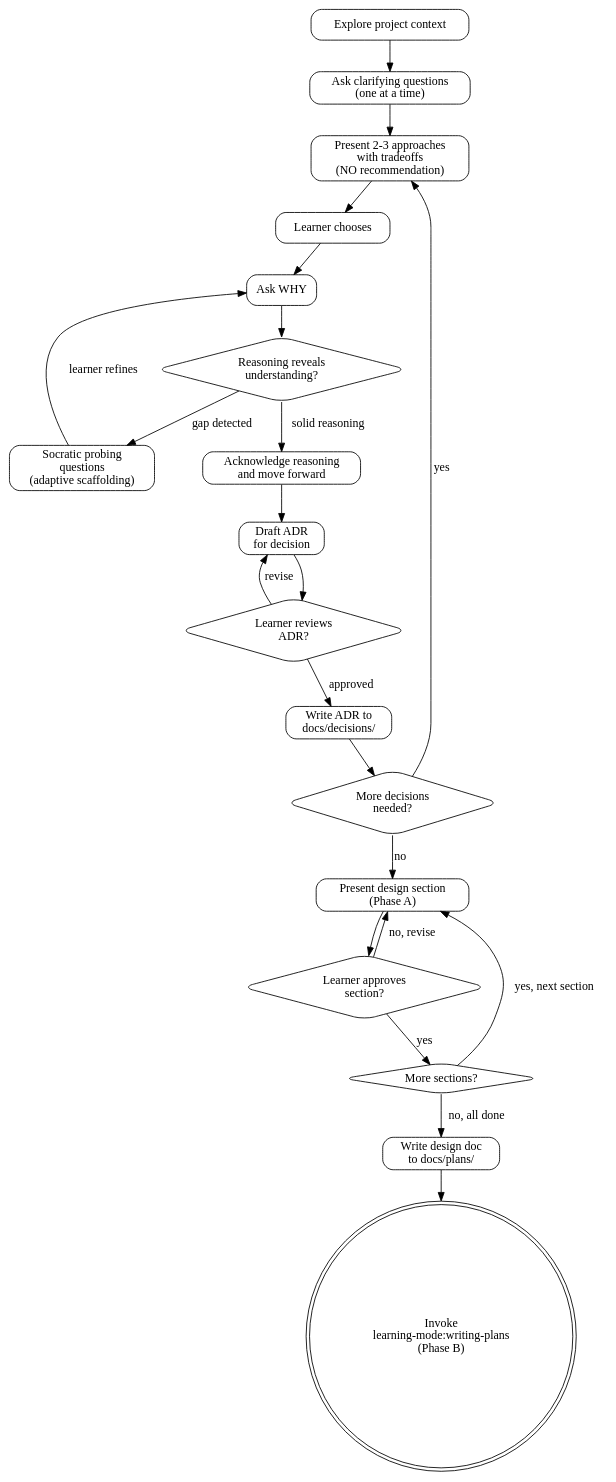
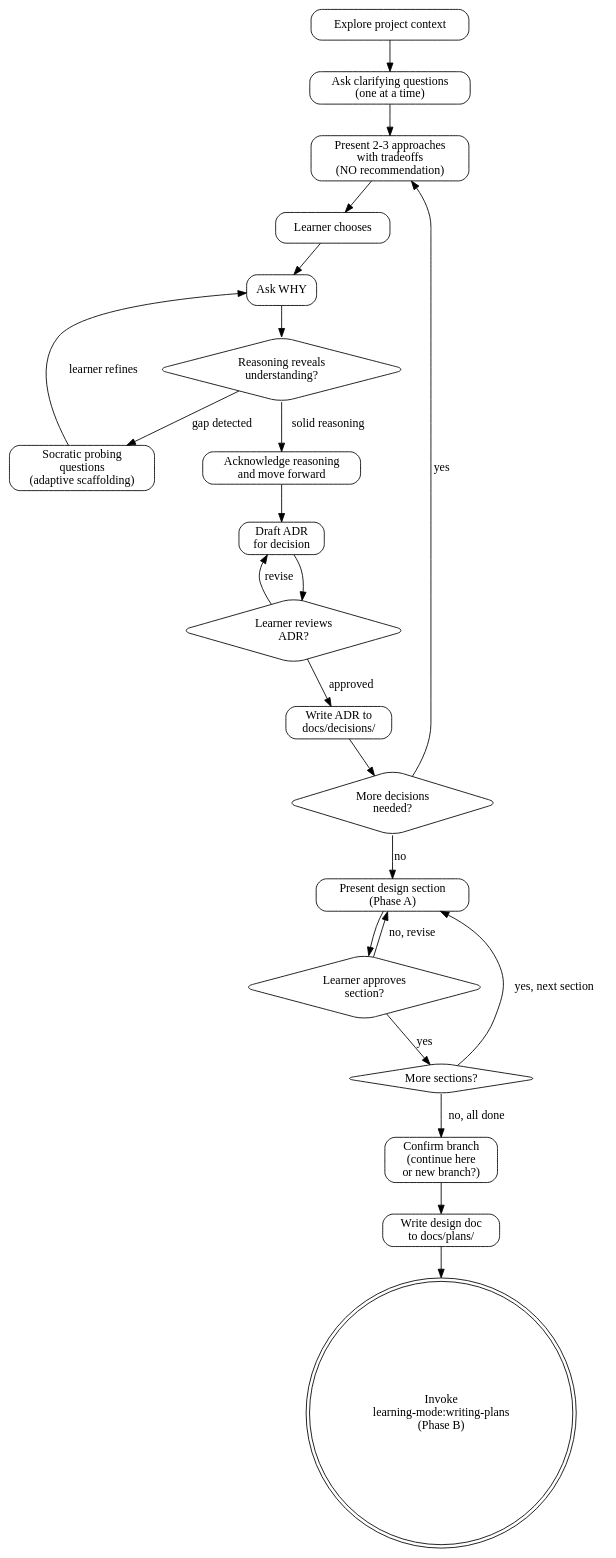
The diagram in learning-mode/skills/socratic-brainstorming/SKILL.md (alennartz/claude-plugins), drawn with Graphviz before and after one commit. The commit also changed other lines of this file and 6 other files, not shown here.

````diff
--- a/learning-mode/skills/socratic-brainstorming/SKILL.md
+++ b/learning-mode/skills/socratic-brainstorming/SKILL.md
@@ -48,46 +50,48 @@
 ```dot
 digraph socratic_brainstorming {
     rankdir=TB;
     node [shape=box, style=rounded];
 
     explore [label="Explore project context"];
     clarify [label="Ask clarifying questions\n(one at a time)"];
     approaches [label="Present 2-3 approaches\nwith tradeoffs\n(NO recommendation)"];
     choose [label="Learner chooses"];
     ask_why [label="Ask WHY"];
     validate [label="Reasoning reveals\nunderstanding?" shape=diamond];
     probe [label="Socratic probing\nquestions\n(adaptive scaffolding)"];
     ack [label="Acknowledge reasoning\nand move forward"];
     draft_adr [label="Draft ADR\nfor decision"];
     learner_reviews [label="Learner reviews\nADR?" shape=diamond];
     write_adr [label="Write ADR to\ndocs/decisions/"];
     more_decisions [label="More decisions\nneeded?" shape=diamond];
     present_design [label="Present design section\n(Phase A)"];
     section_ok [label="Learner approves\nsection?" shape=diamond];
     more_sections [label="More sections?" shape=diamond];
+    confirm_branch [label="Confirm branch\n(continue here\nor new branch?)"];
     write_doc [label="Write design doc\nto docs/plans/"];
     invoke_plans [label="Invoke\nlearning-mode:writing-plans\n(Phase B)" shape=doublecircle];
 
     explore -> clarify;
     clarify -> approaches;
     approaches -> choose;
     choose -> ask_why;
     ask_why -> validate;
     validate -> probe [label="gap detected"];
     validate -> ack [label="solid reasoning"];
     probe -> ask_why [label="learner refines"];
     ack -> draft_adr;
     draft_adr -> learner_reviews;
     learner_reviews -> write_adr [label="approved"];
     learner_reviews -> draft_adr [label="revise"];
     write_adr -> more_decisions;
     more_decisions -> approaches [label="yes"];
     more_decisions -> present_design [label="no"];
     present_design -> section_ok;
     section_ok -> present_design [label="no, revise"];
     section_ok -> more_sections [label="yes"];
     more_sections -> present_design [label="yes, next section"];
-    more_sections -> write_doc [label="no, all done"];
+    more_sections -> confirm_branch [label="no, all done"];
+    confirm_branch -> write_doc;
     write_doc -> invoke_plans;
 }
 ```
````
